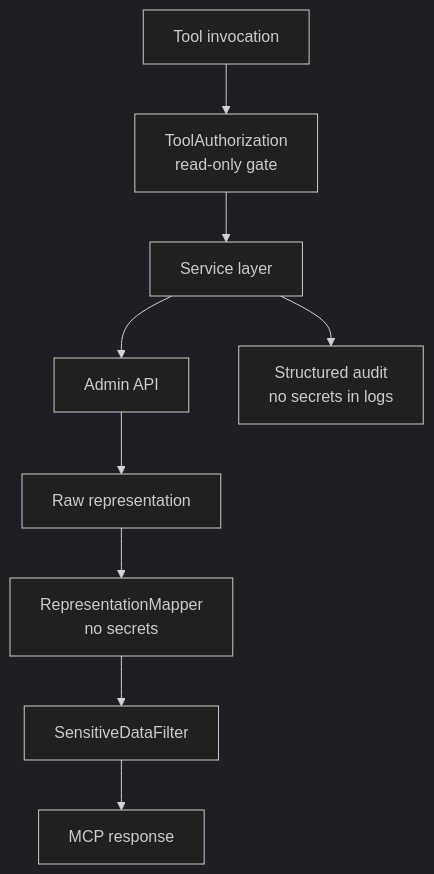
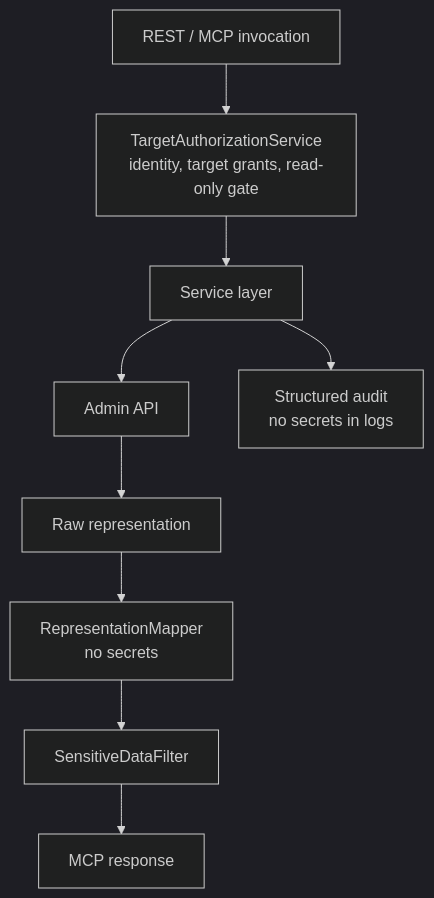
The fourth of 4 diagrams in docs/architecture/overview.md (csfreitas/keycloak-operations), drawn with Mermaid (dark theme) before and after one commit. The commit also changed other lines of this file and 543 other files, not shown here.

````diff
--- a/docs/architecture/overview.md
+++ b/docs/architecture/overview.md
@@ -87,11 +136,11 @@
 ```mermaid
 flowchart TB
-  Request[Tool invocation] --> Authz[ToolAuthorization<br/>read-only gate]
+  Request[REST / MCP invocation] --> Authz[TargetAuthorizationService<br/>identity, target grants, read-only gate]
   Authz --> Service[Service layer]
   Service --> Admin[Admin API]
   Admin --> Raw[Raw representation]
   Raw --> Map[RepresentationMapper<br/>no secrets]
   Map --> Redact[SensitiveDataFilter]
   Redact --> Response[MCP response]
   Service --> AuditLog[Structured audit<br/>no secrets in logs]
 ```
````
